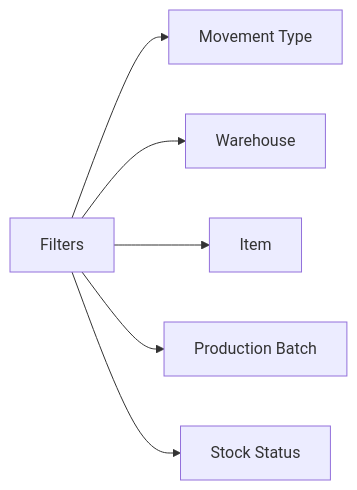
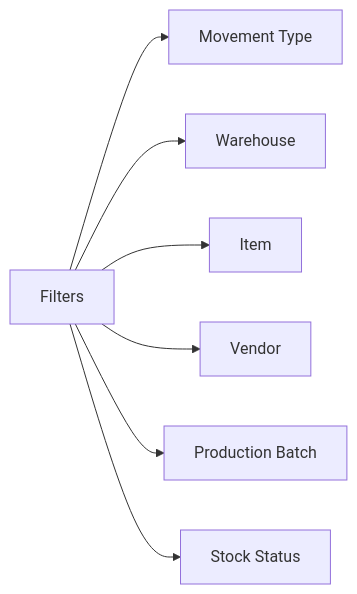
Before and after one commit to Dikksap/laravel_RsvHelmet: the tenth of 11 diagrams in .qoder/repowiki/en/content/Core Modules/Inventory Management/Inventory Movement Processing.md, drawn with Mermaid. The commit also changed other lines of this file and 33 other files, not shown here.

````diff
--- a/.qoder/repowiki/en/content/Core Modules/Inventory Management/Inventory Movement Processing.md
+++ b/.qoder/repowiki/en/content/Core Modules/Inventory Management/Inventory Movement Processing.md
@@ -415,8 +499,9 @@
 ```mermaid
 graph LR
 Filter["Filters"] --> Type["Movement Type"]
 Filter --> Warehouse["Warehouse"]
 Filter --> Item["Item"]
+Filter --> Vendor["Vendor"]
 Filter --> Batch["Production Batch"]
 Filter --> Status["Stock Status"]
 ```
````
